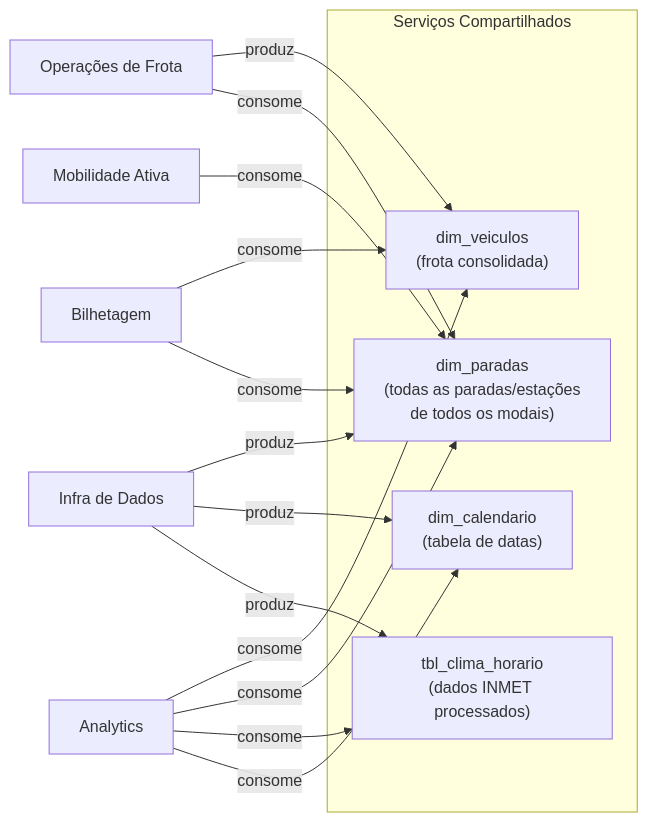
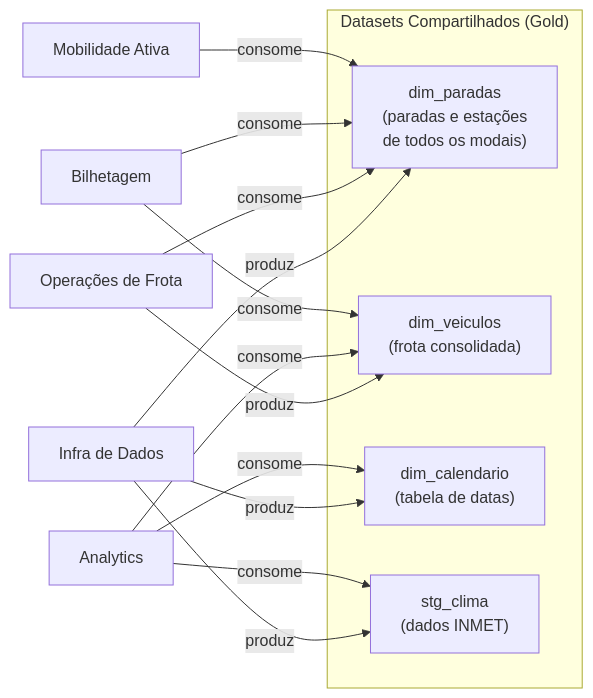
The second of 3 diagrams in mobilidade-urbana-dataeng/docs/03-dominios-servicos.md (eduardohirle22/Trabalho-engenharia-de-dados), drawn with Mermaid before and after one commit. The commit also changed other lines of this file and 10 other files, not shown here.

````diff
--- a/mobilidade-urbana-dataeng/docs/03-dominios-servicos.md
+++ b/mobilidade-urbana-dataeng/docs/03-dominios-servicos.md
@@ -134,24 +125,23 @@
 ```mermaid
 graph LR
-    subgraph SHARED_SVC["Serviços Compartilhados"]
-        DIM_STOP["dim_paradas\n(todas as paradas/estações\nde todos os modais)"]
+    subgraph SHARED["Datasets Compartilhados (Gold)"]
+        DIM_STOP["dim_paradas\n(paradas e estações\nde todos os modais)"]
         DIM_VEIC["dim_veiculos\n(frota consolidada)"]
         DIM_TIME["dim_calendario\n(tabela de datas)"]
-        CLIMA["tbl_clima_horario\n(dados INMET processados)"]
+        CLIMA["stg_clima\n(dados INMET)"]
     end
 
     DOM1["Operações de Frota"] -->|"produz"| DIM_VEIC
     DOM4["Analytics"] -->|"consome"| DIM_VEIC
     DOM2["Bilhetagem"] -->|"consome"| DIM_VEIC
 
     INFRA["Infra de Dados"] -->|"produz"| DIM_STOP
     INFRA -->|"produz"| DIM_TIME
     INFRA -->|"produz"| CLIMA
 
     DOM1 -->|"consome"| DIM_STOP
     DOM2 -->|"consome"| DIM_STOP
     DOM3["Mobilidade Ativa"] -->|"consome"| DIM_STOP
-    DOM4 -->|"consome"| DIM_STOP
     DOM4 -->|"consome"| CLIMA
     DOM4 -->|"consome"| DIM_TIME
 ```
````
